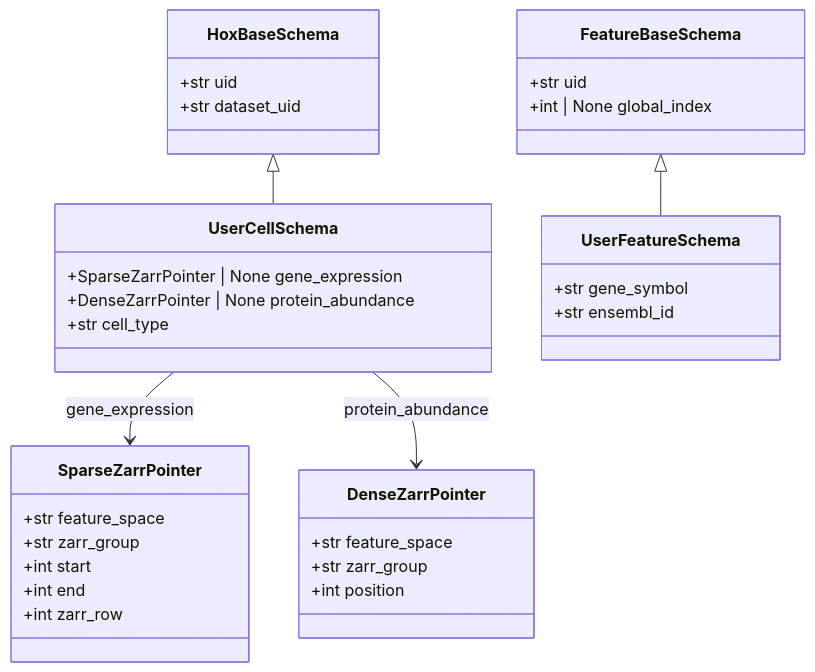
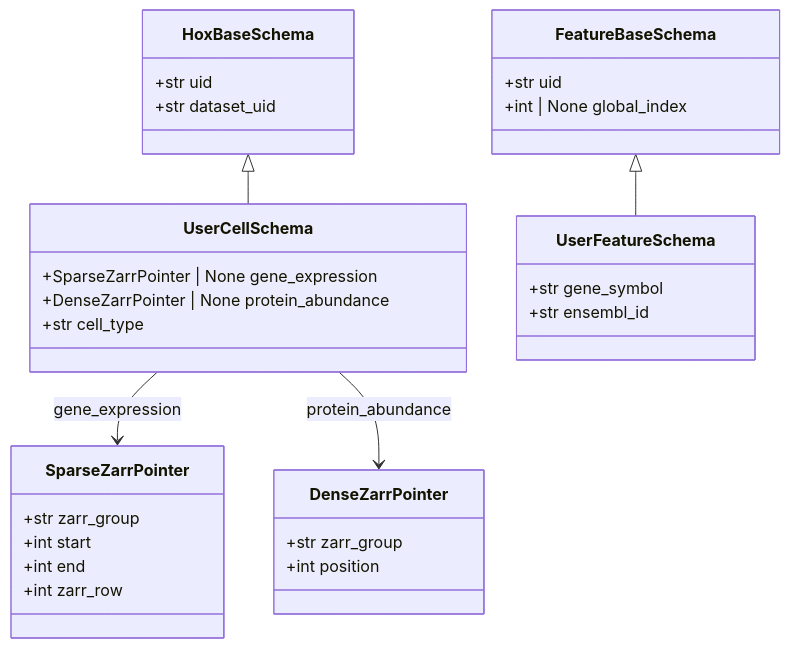
The diagram in docs/schemas.md (epiblastai/homeobox), drawn with Mermaid before and after one commit. The commit also changed other lines of this file and 10 other files, not shown here.

Commit message:
docs: align with PointerField API and pointer-struct removal of feature_space

````diff
--- a/docs/schemas.md
+++ b/docs/schemas.md
@@ -24,37 +24,35 @@
 ```mermaid
 classDiagram
     class HoxBaseSchema {
         +str uid
         +str dataset_uid
     }
     class UserCellSchema {
         +SparseZarrPointer | None gene_expression
         +DenseZarrPointer | None protein_abundance
         +str cell_type
     }
     class FeatureBaseSchema {
         +str uid
         +int | None global_index
     }
     class UserFeatureSchema {
         +str gene_symbol
         +str ensembl_id
     }
     class SparseZarrPointer {
-        +str feature_space
         +str zarr_group
         +int start
         +int end
         +int zarr_row
     }
     class DenseZarrPointer {
-        +str feature_space
         +str zarr_group
         +int position
     }
 
     HoxBaseSchema <|-- UserCellSchema
     FeatureBaseSchema <|-- UserFeatureSchema
     UserCellSchema --> SparseZarrPointer : gene_expression
     UserCellSchema --> DenseZarrPointer : protein_abundance
 ```
````
